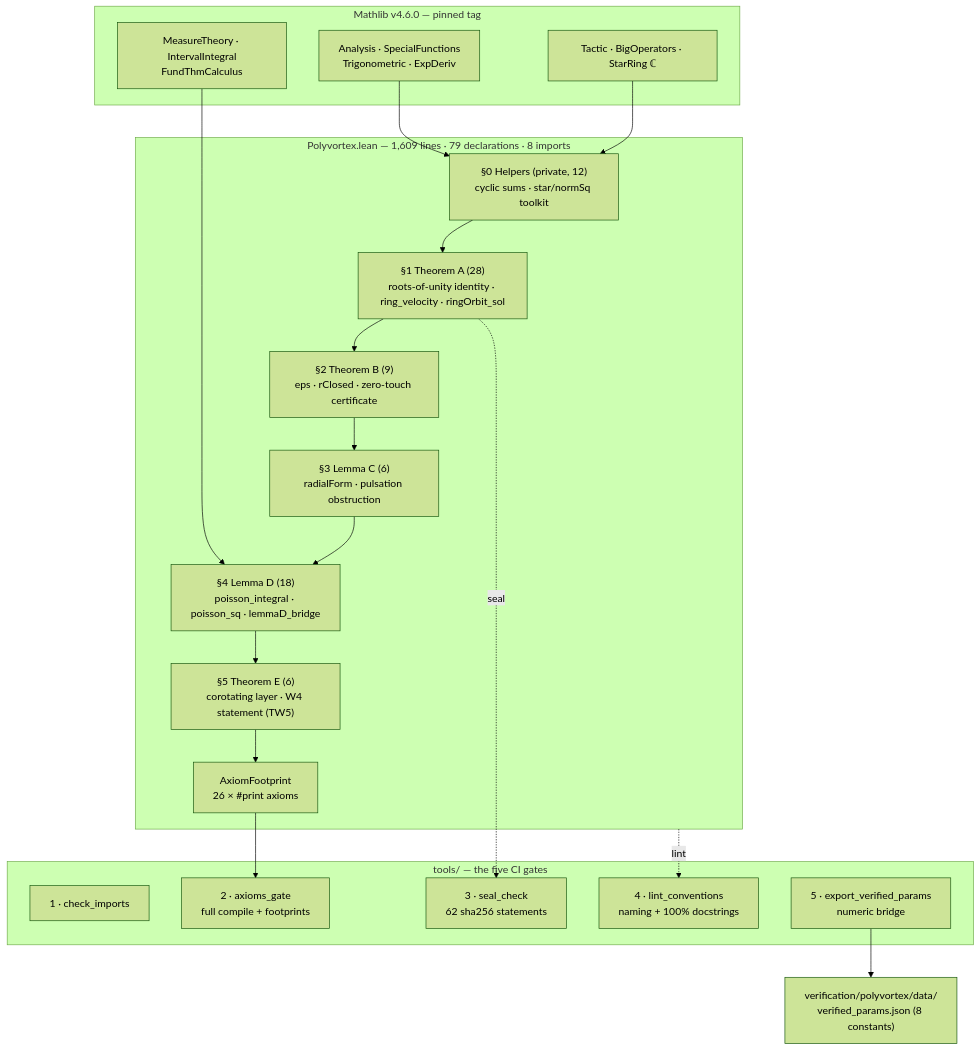
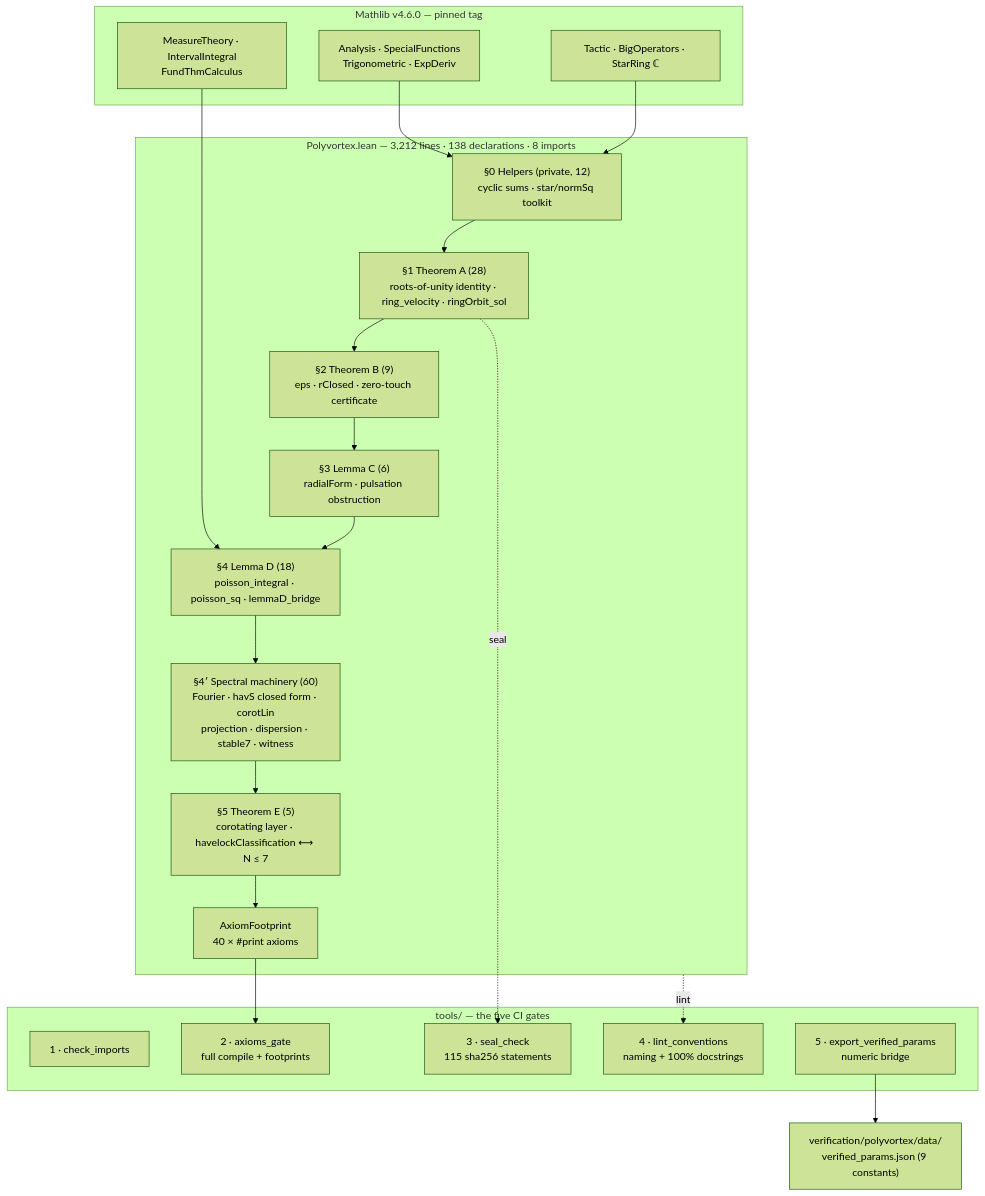
The first of 5 diagrams in polyvortex/polyvortex_lean4/README.md (wild8highlander/Trivortex), drawn with Mermaid (forest theme) before and after one commit. The commit also changed other lines of this file and 27 other files, not shown here.

````diff
--- a/polyvortex/polyvortex_lean4/README.md
+++ b/polyvortex/polyvortex_lean4/README.md
@@ -240,37 +290,38 @@
 ```mermaid
 flowchart TB
     subgraph ML["Mathlib v4.6.0 — pinned tag"]
         M1["Analysis · SpecialFunctions<br/>Trigonometric · ExpDeriv"]
         M2["MeasureTheory · IntervalIntegral<br/>FundThmCalculus"]
         M3["Tactic · BigOperators · StarRing ℂ"]
     end
 
-    subgraph ART["Polyvortex.lean — 1,609 lines · 79 declarations · 8 imports"]
+    subgraph ART["Polyvortex.lean — 3,212 lines · 138 declarations · 8 imports"]
         S0["§0 Helpers (private, 12)<br/>cyclic sums · star/normSq toolkit"]
         S1["§1 Theorem A (28)<br/>roots-of-unity identity · ring_velocity · ringOrbit_sol"]
         S2["§2 Theorem B (9)<br/>eps · rClosed · zero-touch certificate"]
         S3["§3 Lemma C (6)<br/>radialForm · pulsation obstruction"]
         S4["§4 Lemma D (18)<br/>poisson_integral · poisson_sq · lemmaD_bridge"]
-        S5["§5 Theorem E (6)<br/>corotating layer · W4 statement (TW5)"]
-        AX["AxiomFootprint<br/>26 × #print axioms"]
+        S4P["§4′ Spectral machinery (60)<br/>Fourier · havS closed form · corotLin<br/>projection · dispersion · stable7 · witness"]
+        S5["§5 Theorem E (5)<br/>corotating layer · havelockClassification ⟷ N ≤ 7"]
+        AX["AxiomFootprint<br/>40 × #print axioms"]
     end
 
     subgraph GATE["tools/ — the five CI gates"]
         G1["1 · check_imports"]
         G2["2 · axioms_gate<br/>full compile + footprints"]
-        G3["3 · seal_check<br/>62 sha256 statements"]
+        G3["3 · seal_check<br/>115 sha256 statements"]
         G4["4 · lint_conventions<br/>naming + 100% docstrings"]
         G5["5 · export_verified_params<br/>numeric bridge"]
     end
 
-    BR["verification/polyvortex/data/<br/>verified_params.json (8 constants)"]
+    BR["verification/polyvortex/data/<br/>verified_params.json (9 constants)"]
 
     M1 --> S0
     M2 --> S4
     M3 --> S0
-    S0 --> S1 --> S2 --> S3 --> S4 --> S5 --> AX
+    S0 --> S1 --> S2 --> S3 --> S4 --> S4P --> S5 --> AX
     AX --> G2
     S1 -.seal.-> G3
     ART -.lint.-> G4
     G5 --> BR
 ```
````
